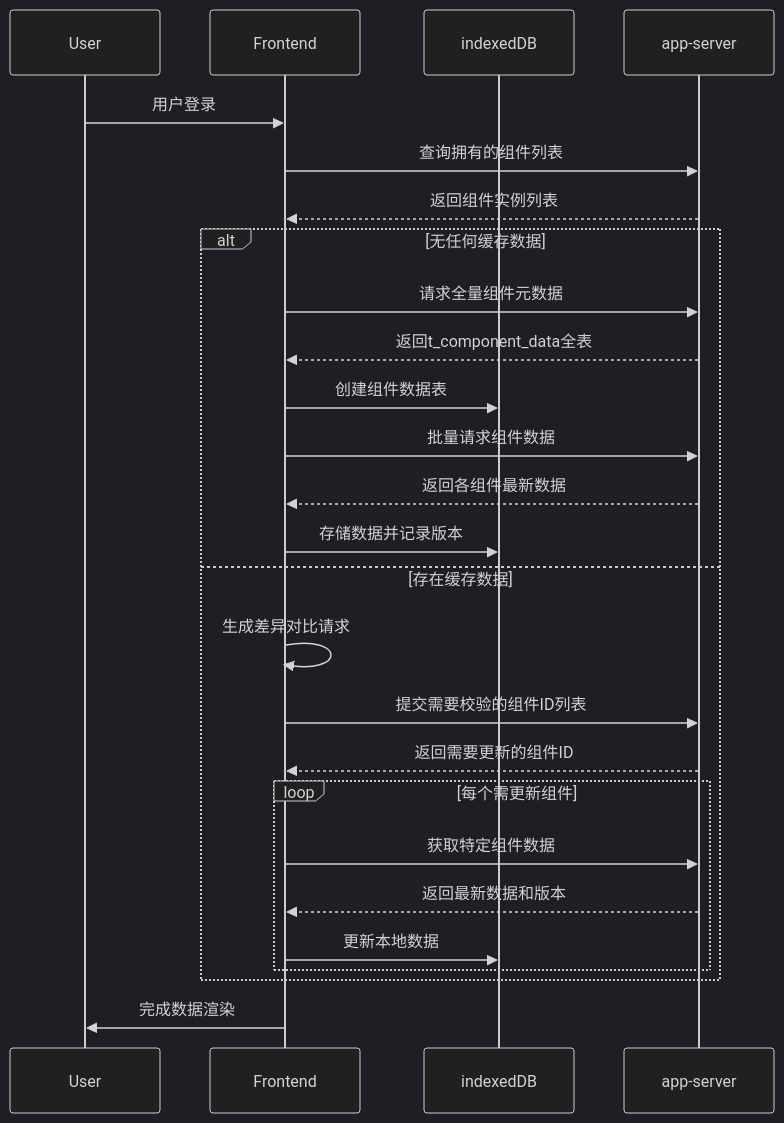
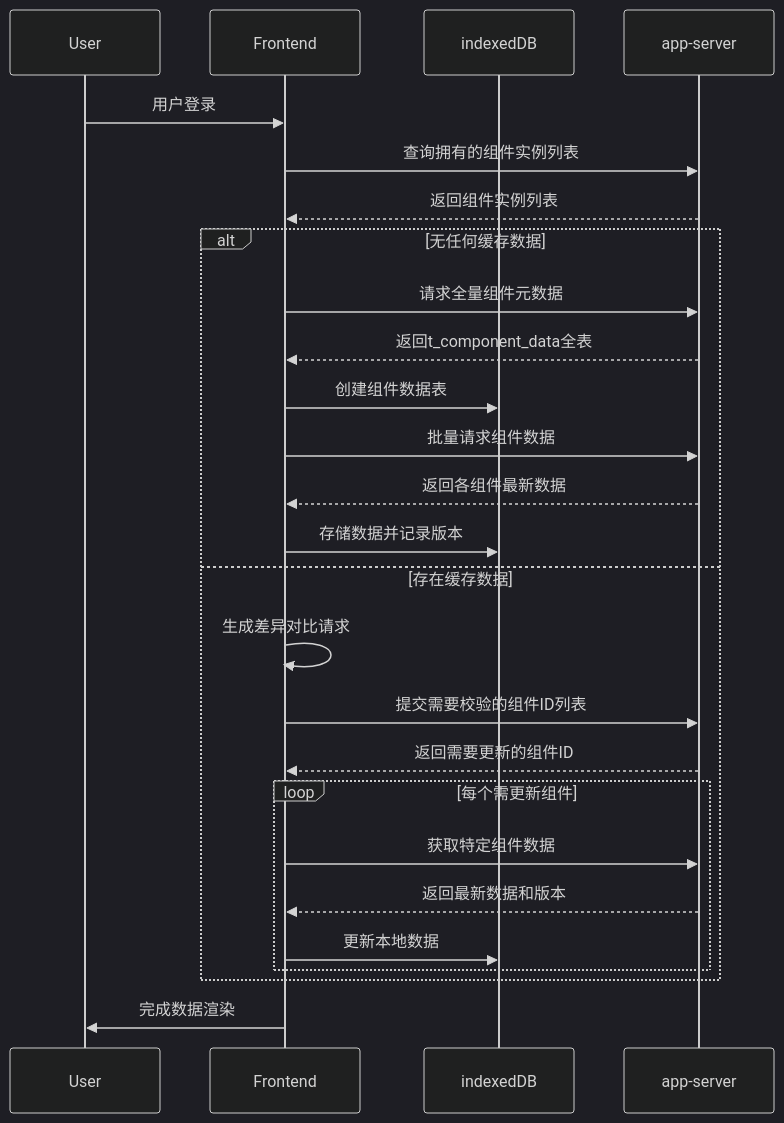
Before and after one commit to yingjianzh/iodraw-files: the diagram in all/未命名-24.md, drawn with Mermaid (dark theme).

Commit message:
2025-02-24 17:07:04 update

````diff
--- a/all/未命名-24.md
+++ b/all/未命名-24.md
@@ -1,30 +1,30 @@
 ```mermaid
 sequenceDiagram
     participant User
     participant Frontend
     participant indexedDB
     participant app-server
 
     User->>Frontend: 用户登录
-    Frontend->>app-server: 查询拥有的组件列表
+    Frontend->>app-server: 查询拥有的组件实例列表
     app-server-->>Frontend: 返回组件实例列表
     
     alt 无任何缓存数据
         Frontend->>app-server: 请求全量组件元数据
         app-server-->>Frontend: 返回t_component_data全表
         Frontend->>indexedDB: 创建组件数据表
         Frontend->>app-server: 批量请求组件数据
         app-server-->>Frontend: 返回各组件最新数据
         Frontend->>indexedDB: 存储数据并记录版本
     else 存在缓存数据
         Frontend->>Frontend: 生成差异对比请求
         Frontend->>app-server: 提交需要校验的组件ID列表
         app-server-->>Frontend: 返回需要更新的组件ID
         loop 每个需更新组件
             Frontend->>app-server: 获取特定组件数据
             app-server-->>Frontend: 返回最新数据和版本
             Frontend->>indexedDB: 更新本地数据
         end
     end
     Frontend->>User: 完成数据渲染
 ```
````
